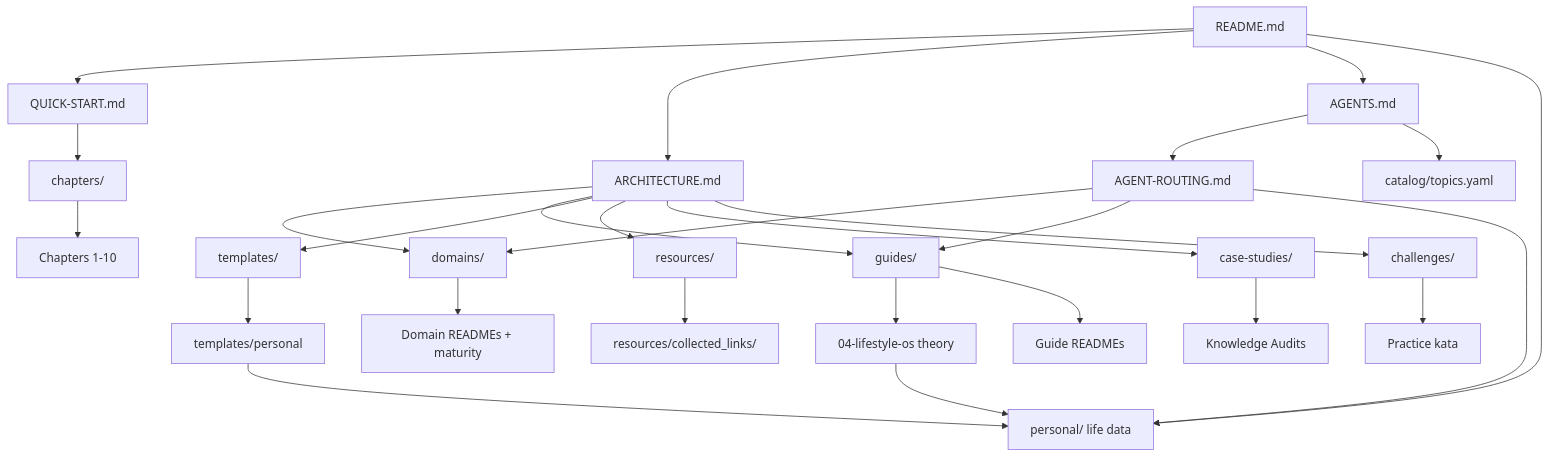
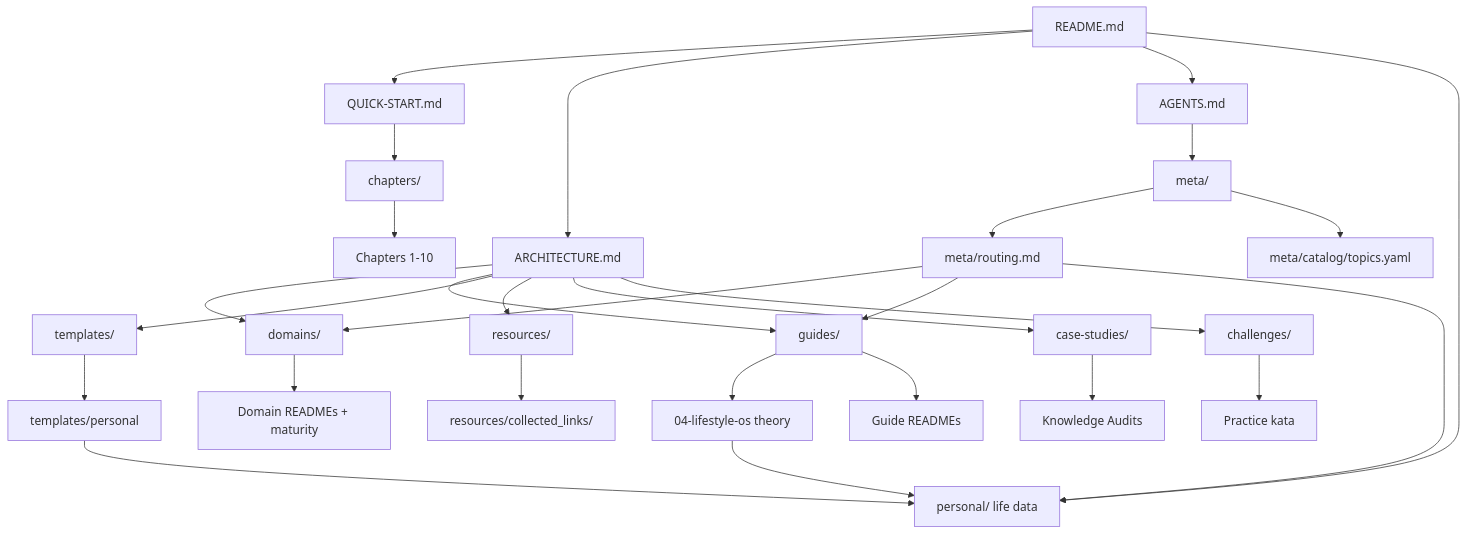
Before and after one commit to ithumanmi/MyDoc: the diagram in OVERVIEW.md, drawn with Mermaid. The commit also changed other lines of this file and 106 other files, not shown here.

````diff
--- a/OVERVIEW.md
+++ b/OVERVIEW.md
@@ -12,29 +12,30 @@
 ```mermaid
 graph TD
     A[README.md] --> B[QUICK-START.md]
     A --> C[ARCHITECTURE.md]
     A --> AG[AGENTS.md]
-    AG --> AR[AGENT-ROUTING.md]
-    AG --> CAT[catalog/topics.yaml]
+    AG --> META[meta/]
+    META --> AR[meta/routing.md]
+    META --> CAT[meta/catalog/topics.yaml]
     A --> R[personal/ life data]
     B --> D[chapters/]
     C --> E[domains/]
     C --> F[guides/]
     C --> G[templates/]
     C --> H[resources/]
     C --> I[case-studies/]
     C --> P[challenges/]
     F --> Q[04-lifestyle-os theory]
     Q --> R
     G --> T[templates/personal]
     T --> R
     H --> J[resources/collected_links/]
     E --> K[Domain READMEs + maturity]
     F --> L[Guide READMEs]
     D --> M[Chapters 1-10]
     I --> N[Knowledge Audits]
     P --> O[Practice kata]
     AR --> E
     AR --> F
     AR --> R
 ```
````
